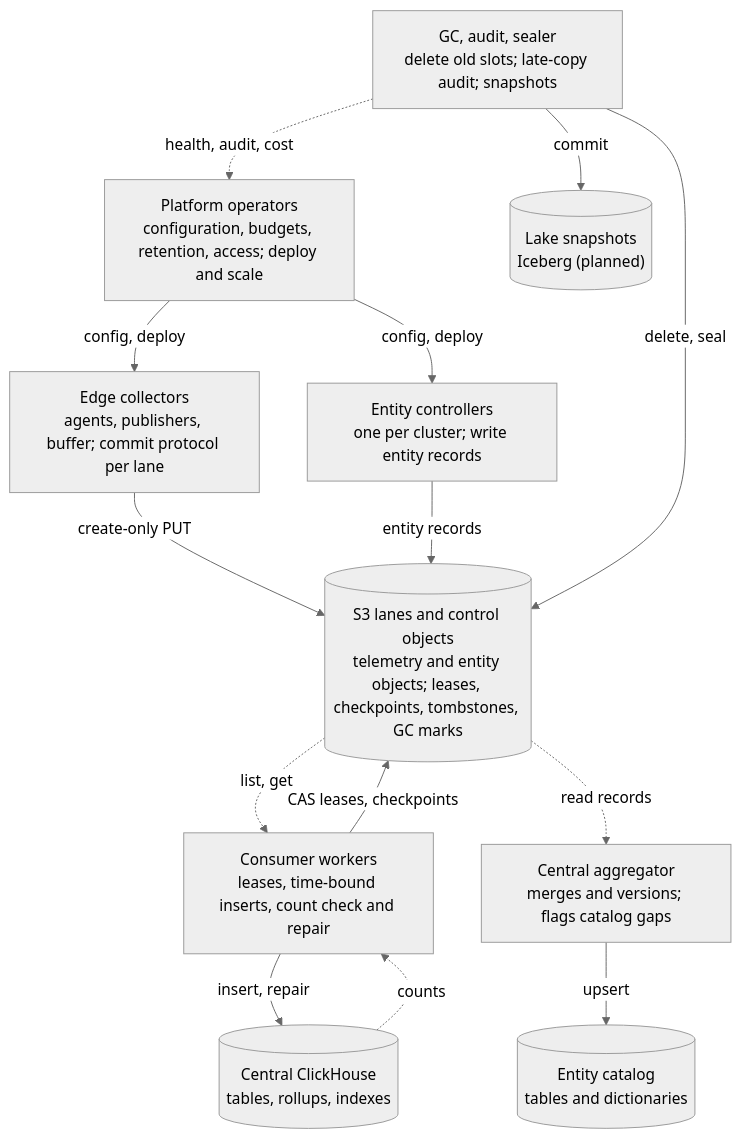
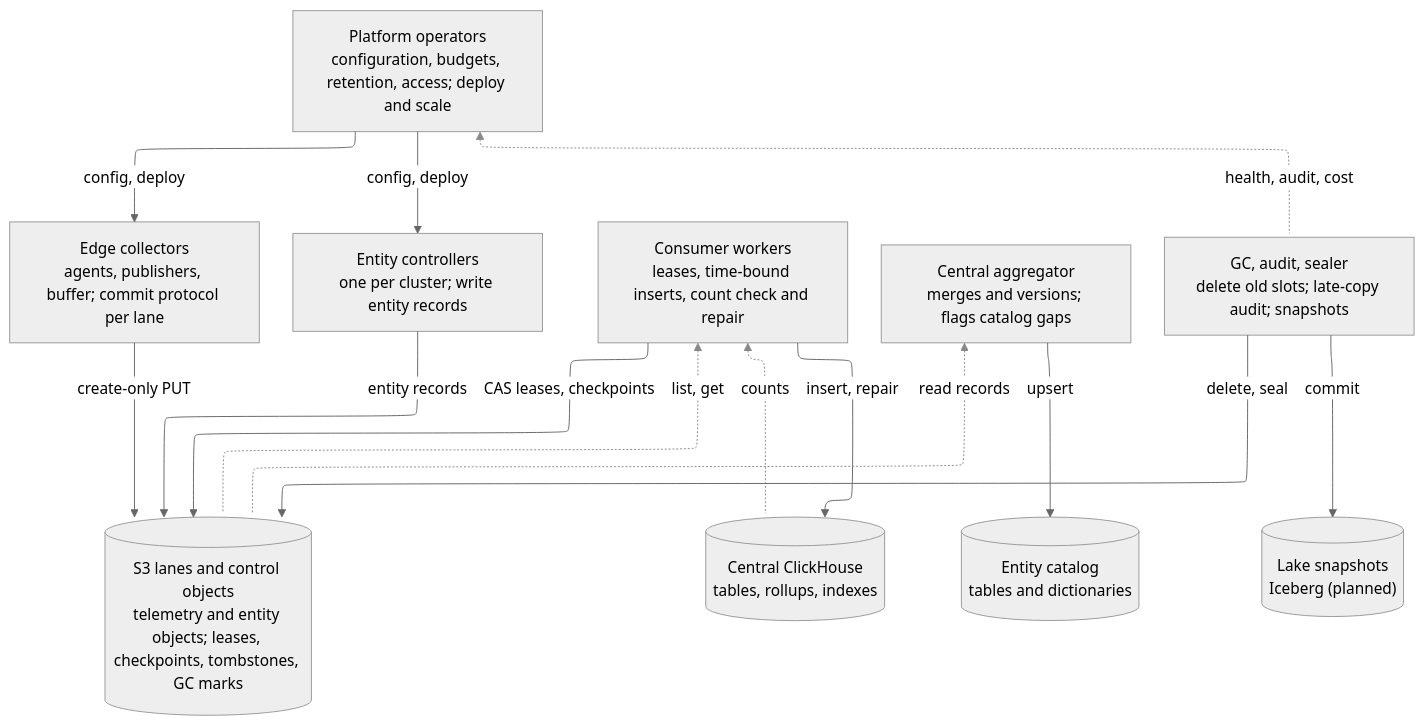
One commit to casselc/observability changed the first of 4 diagrams in otel-chdb/STPA.md. Above: the diagram before and after it, drawn with Mermaid (neutral theme). The commit also changed other lines of this file and 16 other files, not shown here.

First line of the commit message:
otel-chdb: STPA diagrams in Mermaid, STPA Handbook layout

````diff
--- a/otel-chdb/STPA.md
+++ b/otel-chdb/STPA.md
@@ -53,26 +74,32 @@
 ```mermaid
+---
+config:
+  layout: elk
+---
 flowchart TB
   ops["Platform operators<br/>configuration, budgets, retention, access; deploy and scale"]
   edge["Edge collectors<br/>agents, publishers, buffer; commit protocol per lane"]
   ec["Entity controllers<br/>one per cluster; write entity records"]
-  s3[("S3 lanes and control objects<br/>telemetry and entity objects; leases, checkpoints, tombstones, GC marks")]
   con["Consumer workers<br/>leases, time-bound inserts, count check and repair"]
   agg["Central aggregator<br/>merges and versions; flags catalog gaps"]
   gc["GC, audit, sealer<br/>delete old slots; late-copy audit; snapshots"]
+  s3[("S3 lanes and control objects<br/>telemetry and entity objects; leases, checkpoints, tombstones, GC marks")]
   ch[("Central ClickHouse<br/>tables, rollups, indexes")]
   cat[("Entity catalog<br/>tables and dictionaries")]
   lake[("Lake snapshots<br/>Iceberg (planned)")]
   ops -->|config, deploy| edge
   ops -->|config, deploy| ec
+  ops fb1@<-.->|health, audit, cost| gc
   edge -->|create-only PUT| s3
   ec -->|entity records| s3
   con -->|CAS leases, checkpoints| s3
-  s3 -.->|list, get| con
-  s3 -.->|read records| agg
+  con fb2@<-.->|list, get| s3
+  con -->|insert, repair| ch
+  con fb3@<-.->|counts| ch
+  agg -->|upsert| cat
+  agg fb4@<-.->|read records| s3
   gc -->|delete, seal| s3
-  con -->|insert, repair| ch
-  ch -.->|counts| con
-  agg -->|upsert| cat
   gc -->|commit| lake
-  gc -.->|health, audit, cost| ops
+  classDef fb stroke:#888,marker-end:none
+  class fb1,fb2,fb3,fb4 fb
 ```
````
